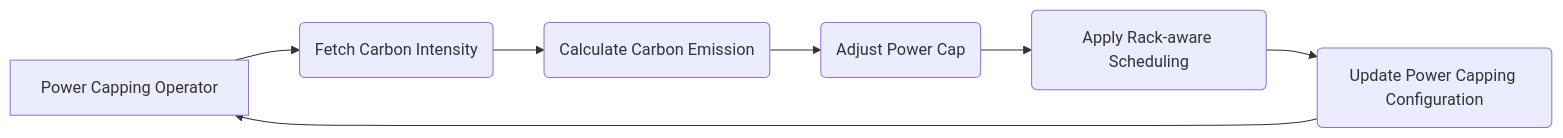
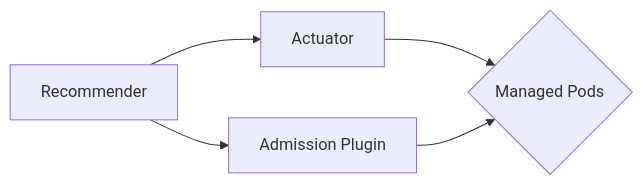
The first of 2 diagrams in README.md (Climatik-Project/Climatik-Project), drawn with Mermaid before and after one commit. The commit also changed other lines of this file, not shown here.

````diff
--- a/README.md
+++ b/README.md
@@ -398,9 +40,7 @@
 ```mermaid
 graph LR
-A[Power Capping Operator] --> B(Fetch Carbon Intensity)
-B --> C(Calculate Carbon Emission)
-C --> D(Adjust Power Cap)
-D --> E(Apply Rack-aware Scheduling)
-E --> F(Update Power Capping Configuration)
-F --> A
+A[Recommender] --> B[Actuator]
+A --> C[Admission Plugin]
+B --> D{Managed Pods}
+C --> D
 ```
````
